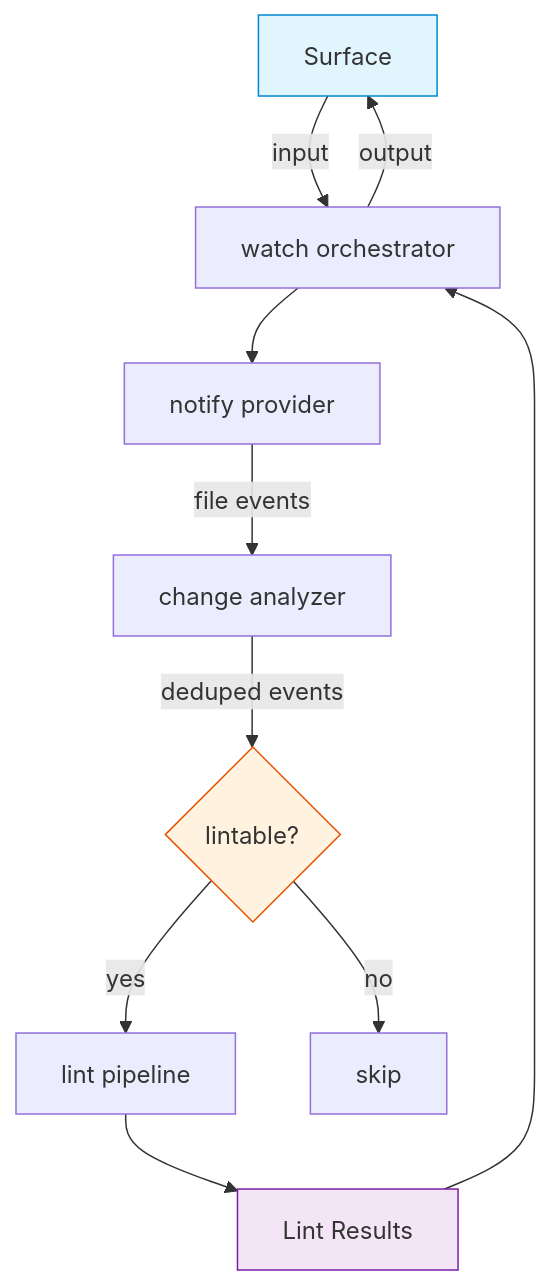
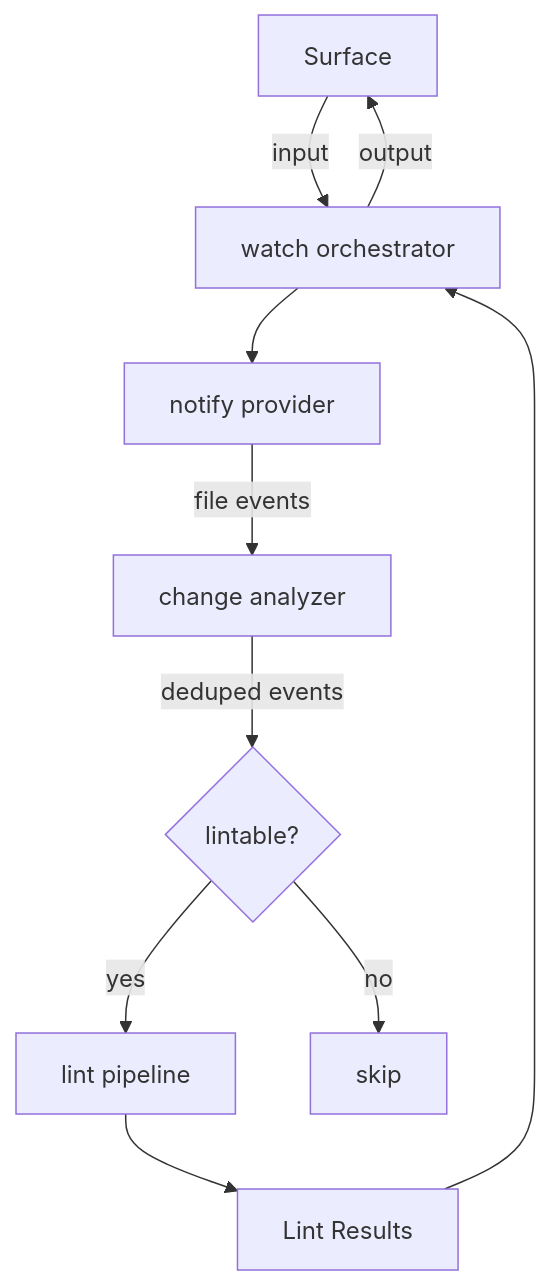
Before and after one commit to rakaarwaky/lint-arwaky: the diagram in crates/file-watch/FRD.md, drawn with Mermaid. The commit also changed 19 other files, not shown here.

````diff
--- a/crates/file-watch/FRD.md
+++ b/crates/file-watch/FRD.md
@@ -9,18 +9,15 @@
 ```mermaid
 flowchart TD
     A["Surface"] -->|input| B["watch orchestrator"]
     B --> C["notify provider"]
     C -->|file events| D["change analyzer"]
     D -->|deduped events| E{"lintable?"}
 
     E -->|"yes"| F["lint pipeline"]
     E -->|"no"| G["skip"]
 
     F --> H["Lint Results"]
     H --> B
     B -->|output| A
 
-    style A fill:#e1f5fe,stroke:#0288d1
-    style E fill:#fff3e0,stroke:#e65100
-    style H fill:#f3e5f5,stroke:#7b1fa2
 ```
````
